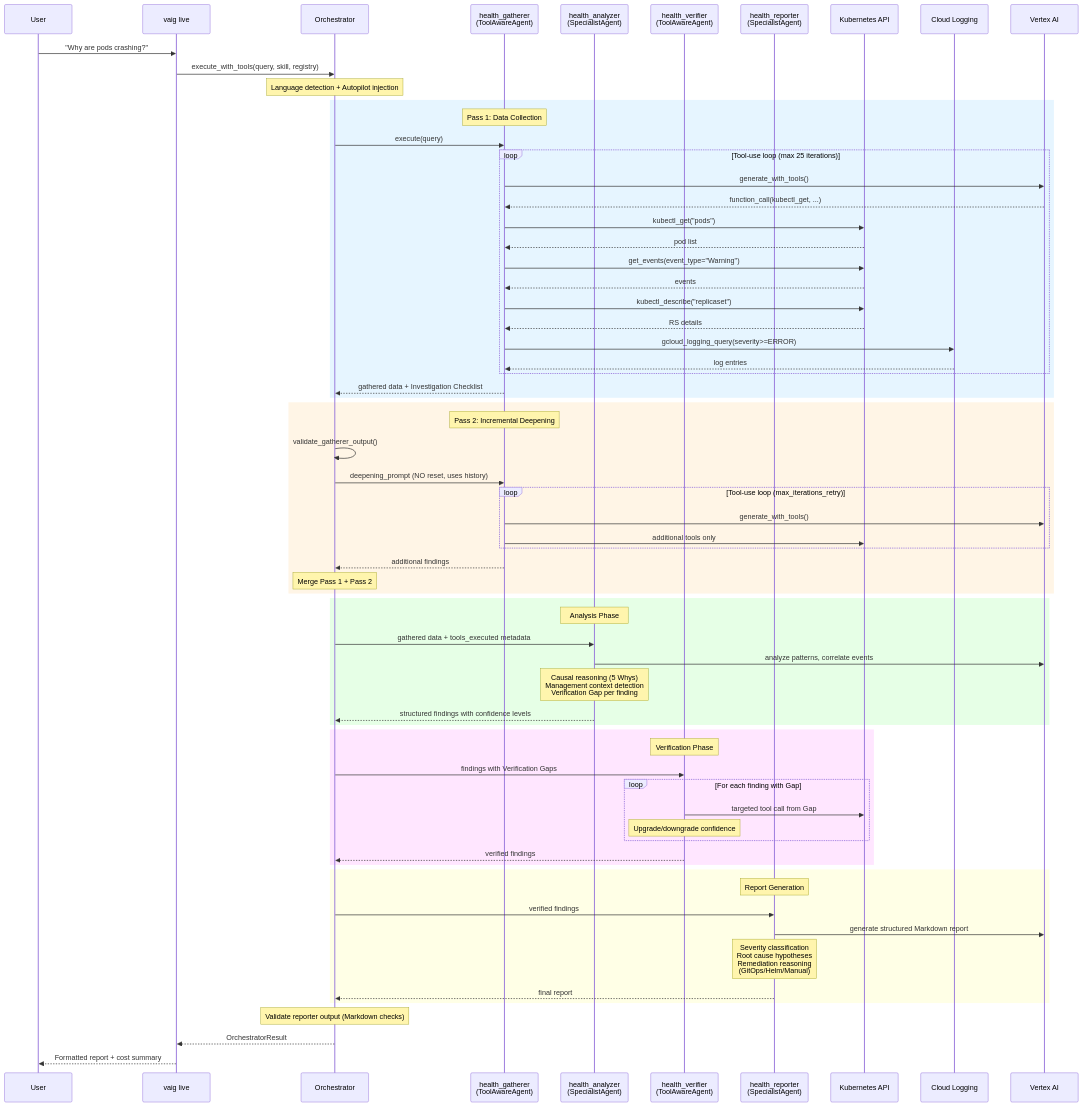
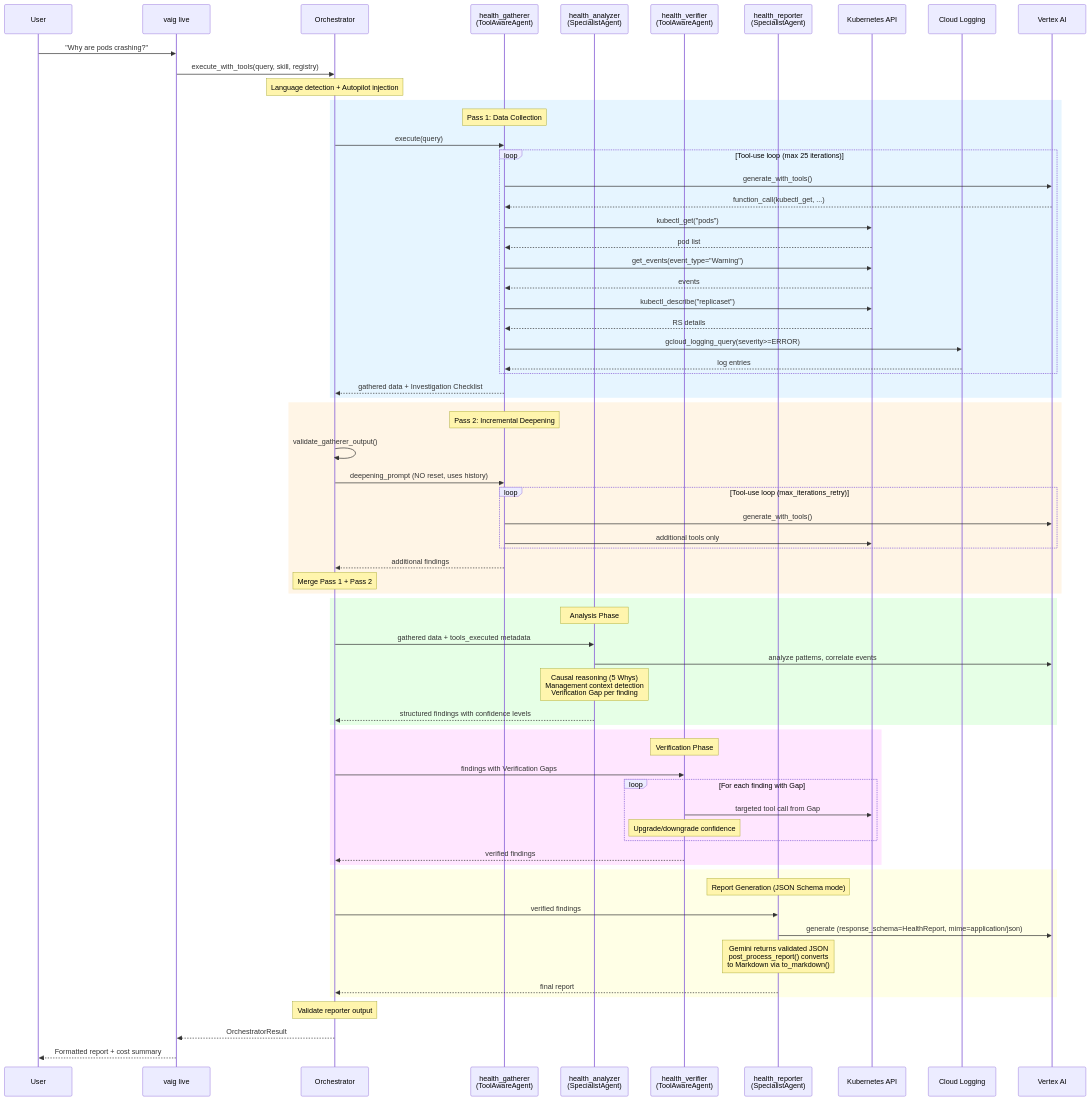
Before and after one commit to Isamel/vertex-ai-toolkit: the second of 6 diagrams in docs/architecture.md, drawn with Mermaid. The commit also changed 33 other files, not shown here.

First line of the commit message:
feat: defense-in-depth ANTI_INJECTION_RULE in all PHASE_PROMPTS + docs for structured output

````diff
--- a/docs/architecture.md
+++ b/docs/architecture.md
@@ -110,78 +110,78 @@
 ```mermaid
 sequenceDiagram
     participant User
     participant CLI as vaig live
     participant Orch as Orchestrator
     participant G as health_gatherer<br/>(ToolAwareAgent)
     participant A as health_analyzer<br/>(SpecialistAgent)
     participant V as health_verifier<br/>(ToolAwareAgent)
     participant R as health_reporter<br/>(SpecialistAgent)
     participant K8s as Kubernetes API
     participant CL as Cloud Logging
     participant Gemini as Vertex AI
 
     User->>CLI: "Why are pods crashing?"
     CLI->>Orch: execute_with_tools(query, skill, registry)
 
     Note over Orch: Language detection + Autopilot injection
 
     rect rgb(230, 245, 255)
         Note over G: Pass 1: Data Collection
         Orch->>G: execute(query)
         loop Tool-use loop (max 25 iterations)
             G->>Gemini: generate_with_tools()
             Gemini-->>G: function_call(kubectl_get, ...)
             G->>K8s: kubectl_get("pods")
             K8s-->>G: pod list
             G->>K8s: get_events(event_type="Warning")
             K8s-->>G: events
             G->>K8s: kubectl_describe("replicaset")
             K8s-->>G: RS details
             G->>CL: gcloud_logging_query(severity>=ERROR)
             CL-->>G: log entries
         end
         G-->>Orch: gathered data + Investigation Checklist
     end
 
     rect rgb(255, 245, 230)
         Note over G: Pass 2: Incremental Deepening
         Orch->>Orch: validate_gatherer_output()
         Orch->>G: deepening_prompt (NO reset, uses history)
         loop Tool-use loop (max_iterations_retry)
             G->>Gemini: generate_with_tools()
             G->>K8s: additional tools only
         end
         G-->>Orch: additional findings
         Note over Orch: Merge Pass 1 + Pass 2
     end
 
     rect rgb(230, 255, 230)
         Note over A: Analysis Phase
         Orch->>A: gathered data + tools_executed metadata
         A->>Gemini: analyze patterns, correlate events
         Note over A: Causal reasoning (5 Whys)<br/>Management context detection<br/>Verification Gap per finding
         A-->>Orch: structured findings with confidence levels
     end
 
     rect rgb(255, 230, 255)
         Note over V: Verification Phase
         Orch->>V: findings with Verification Gaps
         loop For each finding with Gap
             V->>K8s: targeted tool call from Gap
             Note over V: Upgrade/downgrade confidence
         end
         V-->>Orch: verified findings
     end
 
     rect rgb(255, 255, 230)
-        Note over R: Report Generation
+        Note over R: Report Generation (JSON Schema mode)
         Orch->>R: verified findings
-        R->>Gemini: generate structured Markdown report
-        Note over R: Severity classification<br/>Root cause hypotheses<br/>Remediation reasoning<br/>(GitOps/Helm/Manual)
+        R->>Gemini: generate (response_schema=HealthReport, mime=application/json)
+        Note over R: Gemini returns validated JSON<br/>post_process_report() converts<br/>to Markdown via to_markdown()
         R-->>Orch: final report
     end
 
-    Note over Orch: Validate reporter output (Markdown checks)
+    Note over Orch: Validate reporter output
     Orch-->>CLI: OrchestratorResult
     CLI-->>User: Formatted report + cost summary
 ```
````
